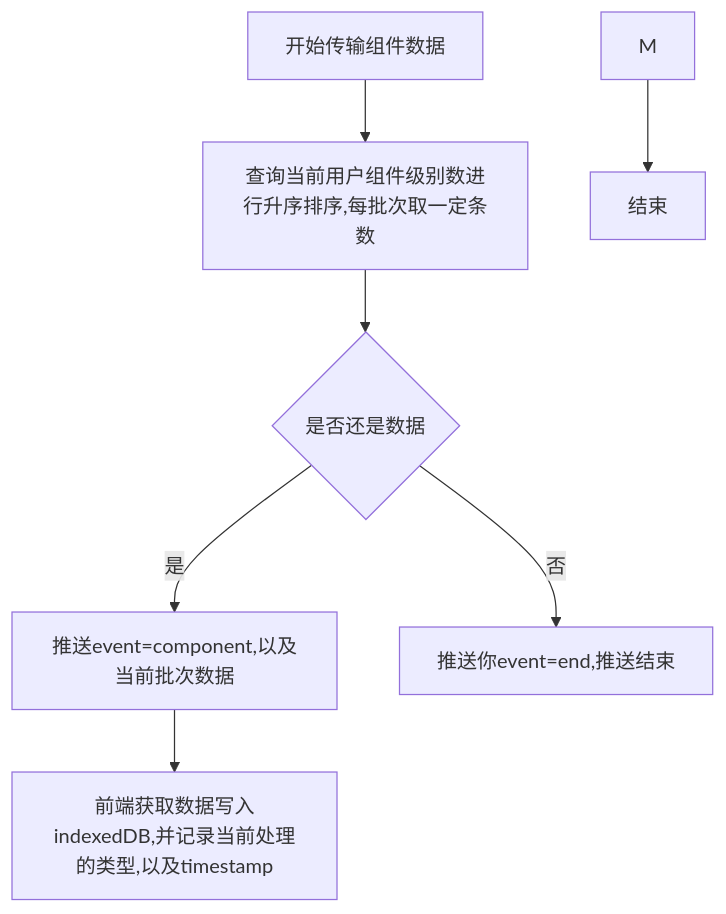
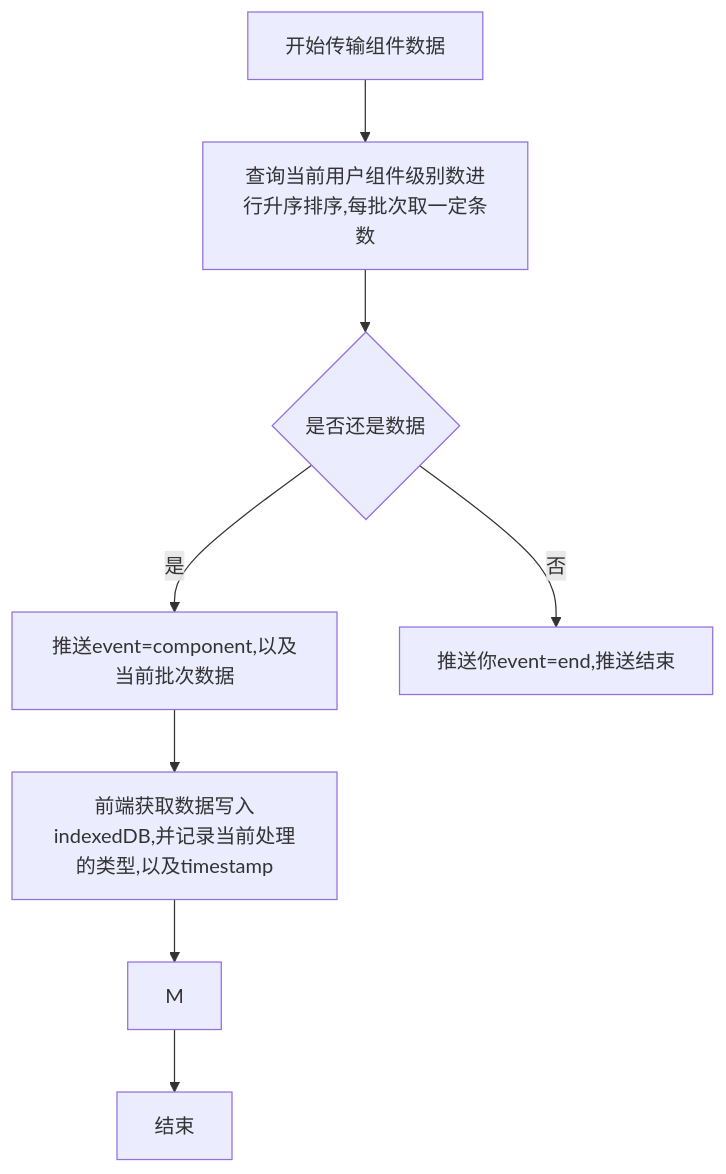
One commit to yingjianzh/iodraw-files changed the diagram in all/未命名-59.md. Above: the diagram before and after it, drawn with Mermaid.

Commit message:
2025-05-14 15:26:43 update

````diff
--- a/all/未命名-59.md
+++ b/all/未命名-59.md
@@ -1,12 +1,13 @@
 ```mermaid
 flowchart TD
     A[开始传输组件数据] --> B[查询当前用户组件级别数进行升序排序,每批次取一定条数]
     B --> C{是否还是数据}
     C --> |是| D[推送event=component,以及当前批次数据]
     C --> |否| E[推送你event=end,推送结束]
 
     D --> F[前端获取数据写入indexedDB,并记录当前处理的类型,以及timestamp]
     
+    F --> 
    
     M --> N[结束]
 ```
````
